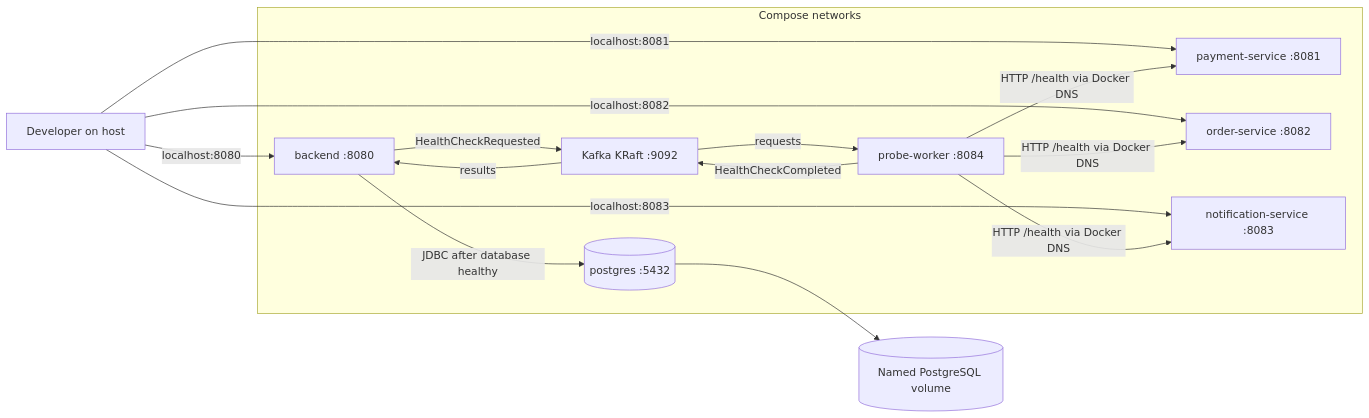
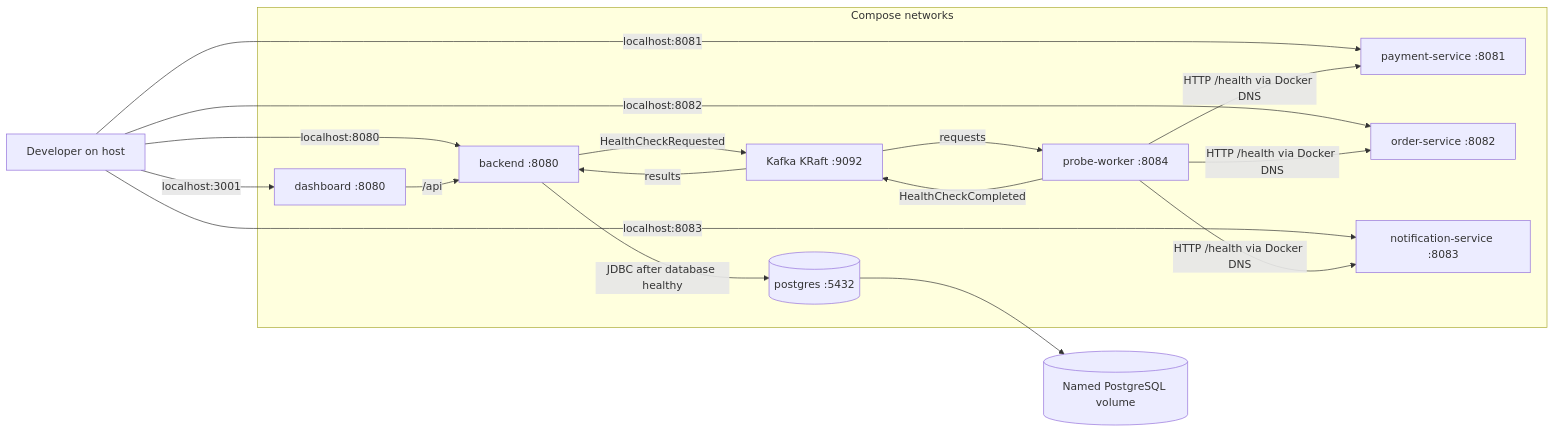
The third of 8 diagrams in docs/technical-guide.md (doctor277/launchguard), drawn with Mermaid before and after one commit. The commit also changed other lines of this file and 3 other files, not shown here.

````diff
--- a/docs/technical-guide.md
+++ b/docs/technical-guide.md
@@ -48,25 +51,28 @@
 ```mermaid
 flowchart LR
     Developer[Developer on host] -->|localhost:8080| Backend
+    Developer -->|localhost:3001| Dashboard
     Developer -->|localhost:8081| Payment
     Developer -->|localhost:8082| Order
     Developer -->|localhost:8083| Notification
     subgraph Compose[Compose networks]
         Backend[backend :8080]
+        Dashboard[dashboard :8080]
         Kafka[Kafka KRaft :9092]
         Worker[probe-worker :8084]
         Payment[payment-service :8081]
         Order[order-service :8082]
         Notification[notification-service :8083]
         DB[(postgres :5432)]
+        Dashboard -->|/api| Backend
         Backend -->|HealthCheckRequested| Kafka
         Kafka -->|requests| Worker
         Worker -->|HTTP /health via Docker DNS| Payment
         Worker -->|HTTP /health via Docker DNS| Order
         Worker -->|HTTP /health via Docker DNS| Notification
         Worker -->|HealthCheckCompleted| Kafka
         Kafka -->|results| Backend
         Backend -->|JDBC after database healthy| DB
     end
     DB --> Volume[(Named PostgreSQL volume)]
 ```
````
